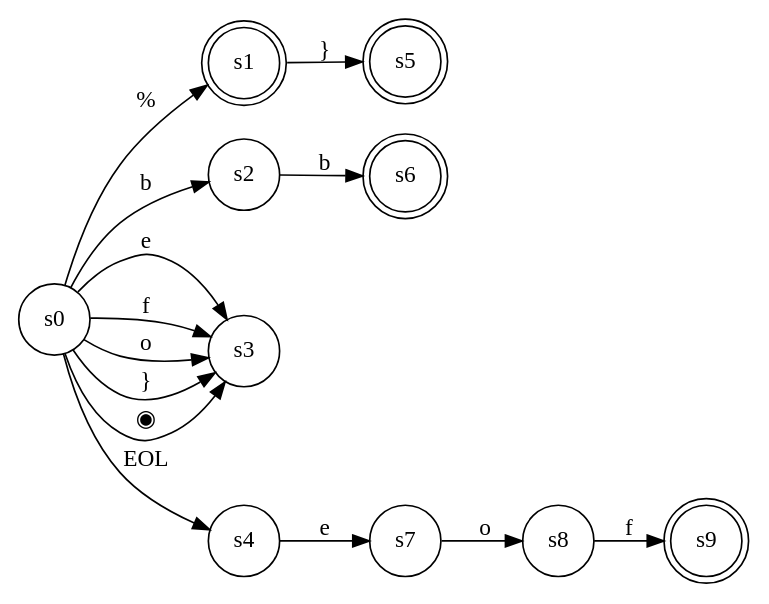
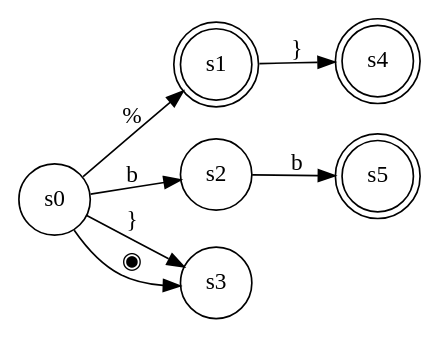
The diagram in ref/mmm_machine_0.gv (pschlump/lexie), drawn with Graphviz before and after one commit. The commit also changed 5 other files, not shown here.

```diff
--- a/ref/mmm_machine_0.gv
+++ b/ref/mmm_machine_0.gv
@@ -1,19 +1,12 @@
 digraph finite_state_machine {
 	rankdir=LR;
-	size="18,8"
-	node [shape = doublecircle]; s1 s5 s6 s9;
+	size="18,5"
+	node [shape = doublecircle]; s1 s4 s5;
 	node [shape = circle];
 	s0 -> s1 [ label = "%" ];
 	s0 -> s2 [ label = "b" ];
-	s0 -> s3 [ label = "e" ];
-	s0 -> s3 [ label = "f" ];
-	s0 -> s3 [ label = "o" ];
 	s0 -> s3 [ label = "}" ];
-	s0 -> s4 [ label = "EOL" ];
 	s0 -> s3 [ label = "◉" ];
-	s1 -> s5 [ label = "}" ];
-	s2 -> s6 [ label = "b" ];
-	s4 -> s7 [ label = "e" ];
-	s7 -> s8 [ label = "o" ];
-	s8 -> s9 [ label = "f" ];
+	s1 -> s4 [ label = "}" ];
+	s2 -> s5 [ label = "b" ];
 }
```
